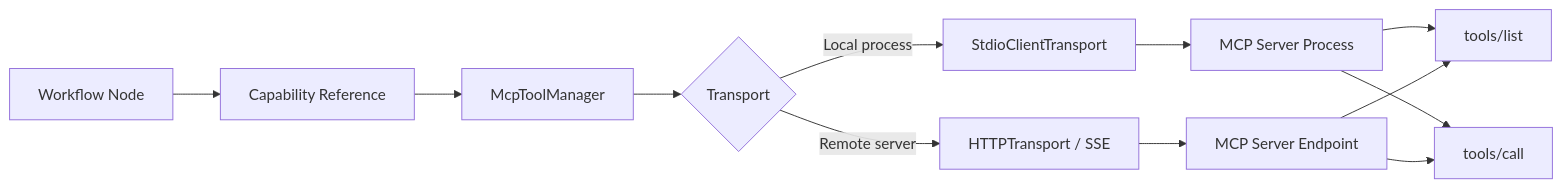
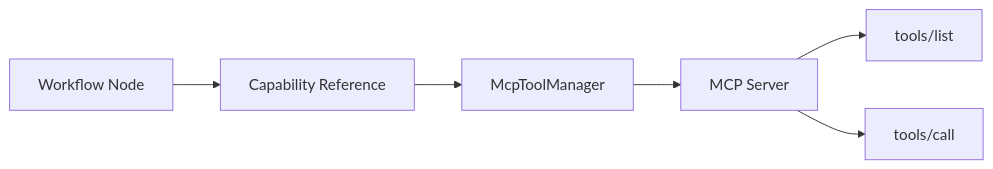
Before and after one commit to shubhtoy/AgentFlow: the diagram in studio/content/docs/authoring/mcp.mdx, drawn with Mermaid. The commit also changed other lines of this file and 956 other files, not shown here.

````diff
--- a/studio/content/docs/authoring/mcp.mdx
+++ b/studio/content/docs/authoring/mcp.mdx
@@ -214,14 +199,8 @@
 ```mermaid
 flowchart LR
     A[Workflow Node] --> B[Capability Reference]
     B --> C[McpToolManager]
-    C --> D{Transport}
-    D -->|Local process| E[StdioClientTransport]
-    D -->|Remote server| F[HTTPTransport / SSE]
-    E --> G[MCP Server Process]
-    F --> H[MCP Server Endpoint]
-    G --> I[tools/list]
-    G --> J[tools/call]
-    H --> I
-    H --> J
+    C --> D[MCP Server]
+    D --> E[tools/list]
+    D --> F[tools/call]
 ```
````
